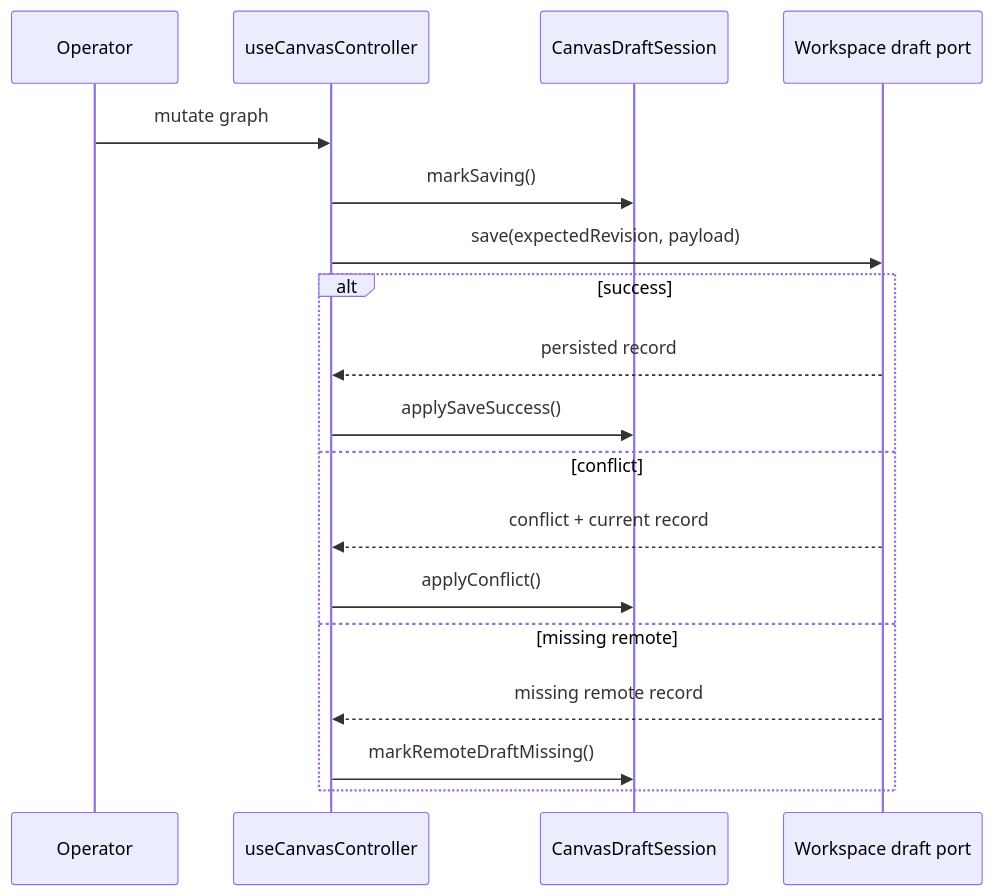
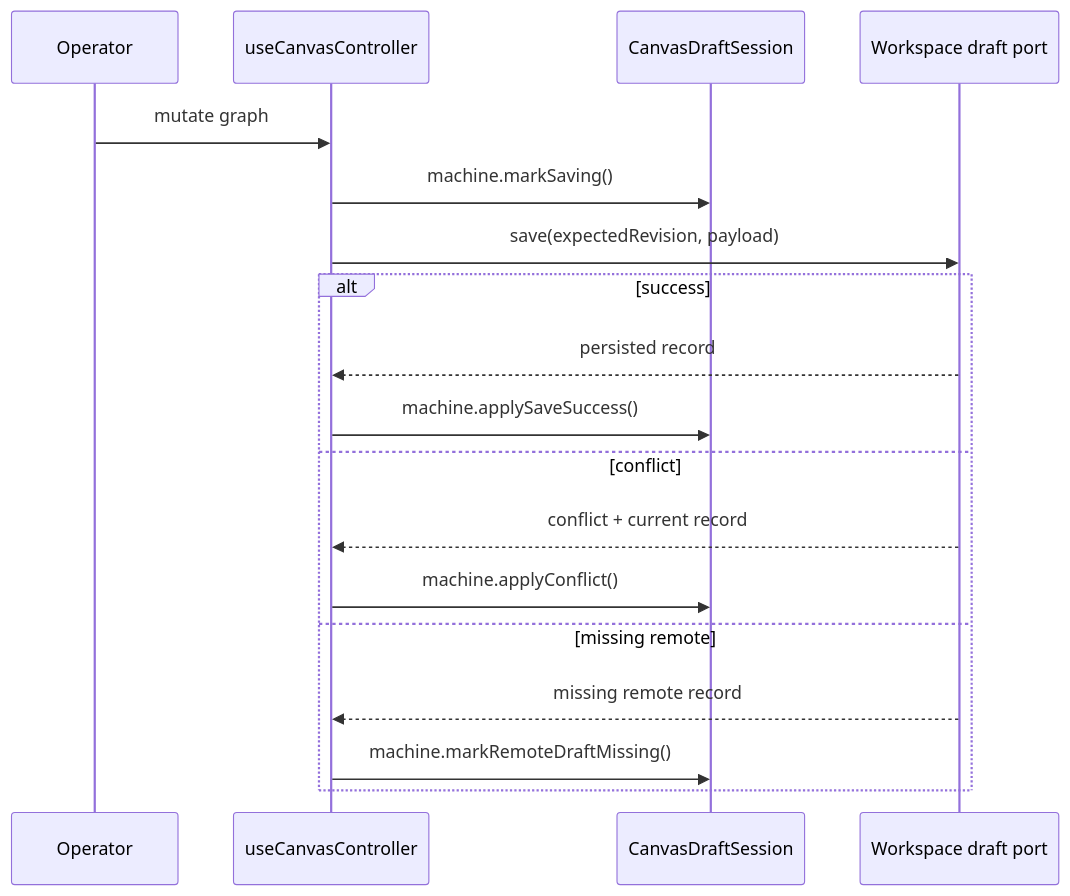
The second of 4 diagrams in docs/architecture/components/web/graph/graph-sequences-and-state-machines.md (dunay2/dvt), drawn with Mermaid before and after one commit. The commit also changed 23 other files, not shown here.

Commit message:
refactor(web): Convert canvas draft session into a namespaced component API

````diff
--- a/docs/architecture/components/web/graph/graph-sequences-and-state-machines.md
+++ b/docs/architecture/components/web/graph/graph-sequences-and-state-machines.md
@@ -29,21 +29,21 @@
 ```mermaid
 sequenceDiagram
   participant Operator as Operator
   participant Controller as useCanvasController
   participant Session as CanvasDraftSession
   participant Port as Workspace draft port
 
   Operator->>Controller: mutate graph
-  Controller->>Session: markSaving()
+  Controller->>Session: machine.markSaving()
   Controller->>Port: save(expectedRevision, payload)
   alt success
     Port-->>Controller: persisted record
-    Controller->>Session: applySaveSuccess()
+    Controller->>Session: machine.applySaveSuccess()
   else conflict
     Port-->>Controller: conflict + current record
-    Controller->>Session: applyConflict()
+    Controller->>Session: machine.applyConflict()
   else missing remote
     Port-->>Controller: missing remote record
-    Controller->>Session: markRemoteDraftMissing()
+    Controller->>Session: machine.markRemoteDraftMissing()
   end
 ```
````
